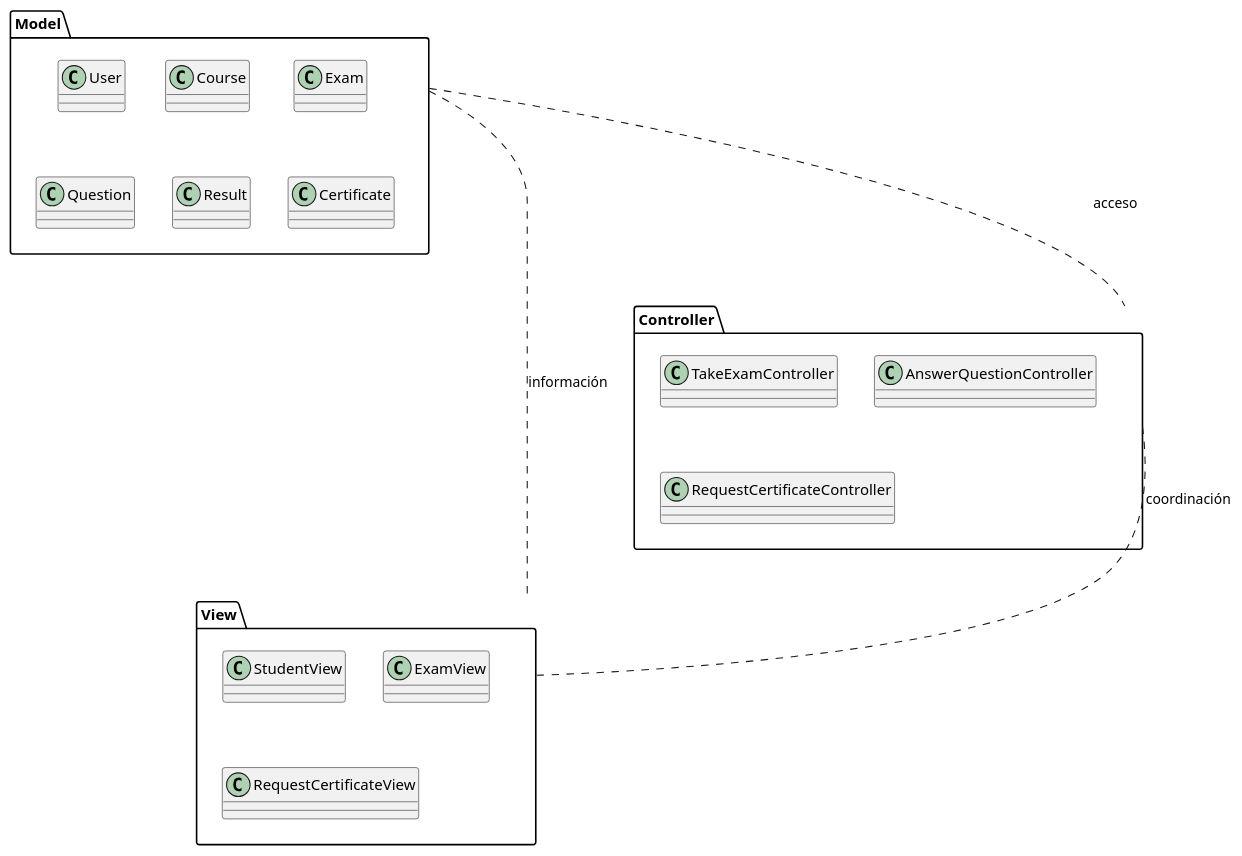
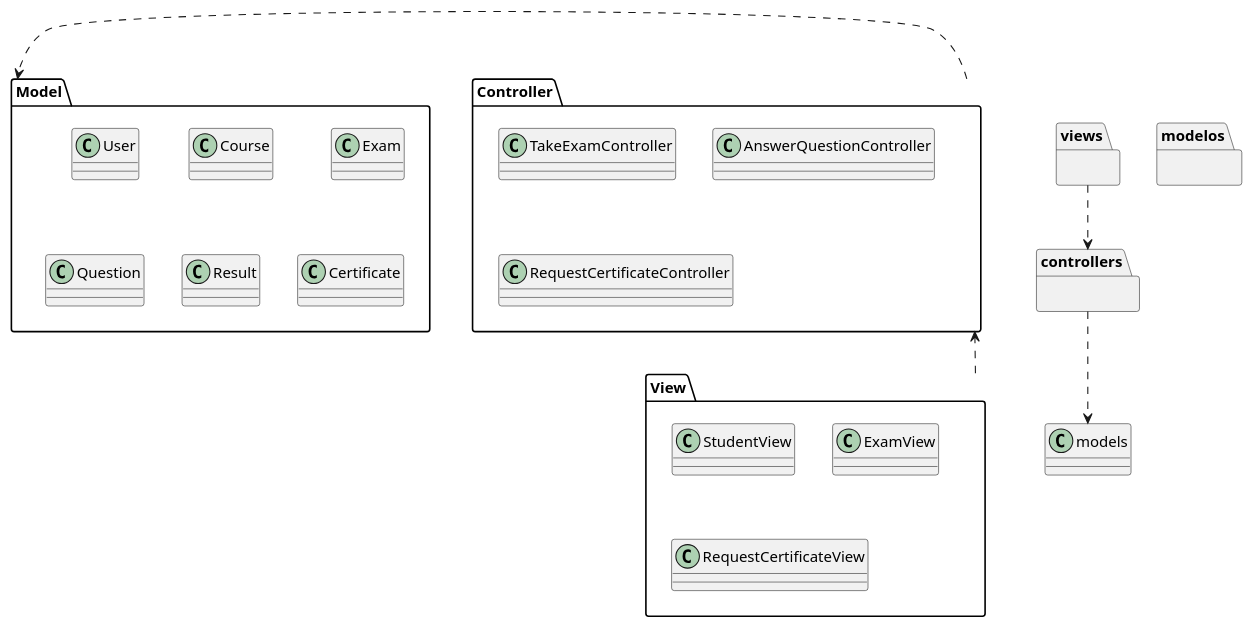
Before and after one commit to Carverz/IS-022023_Proyecto-Grupo-4: the diagram in docs/logicalView/analysisView/packageAnalisys/DiagramaDePaquetes.plantuml, drawn with PlantUML.

Commit message:
Actualizar DiagramaDePaquetes.plantuml

```diff
--- a/docs/logicalView/analysisView/packageAnalisys/DiagramaDePaquetes.plantuml
+++ b/docs/logicalView/analysisView/packageAnalisys/DiagramaDePaquetes.plantuml
@@ -1,29 +1,35 @@
 @startuml DiagramaPaquetes
+
+package views{}
+package controllers{}
+package modelos{}
+
+views..>controllers
+controllers..>models
 
 package "Model" as Modelo {
 class User
 class Course
 class Exam
 class Question
 class Result
 class Certificate
 }
 
 package "Controller" as Controlador{
 class TakeExamController
 class AnswerQuestionController
 class RequestCertificateController
 }
 
 package "View" as Vista{
 class StudentView
 class ExamView
 class RequestCertificateView
 }
 
-Modelo ... Controlador : acceso
-Controlador ... Vista : coordinación
-Vista .left.. Modelo : información
+Vista..>Controlador
+Controlador..>Modelo 
 
 
 @enduml
```
